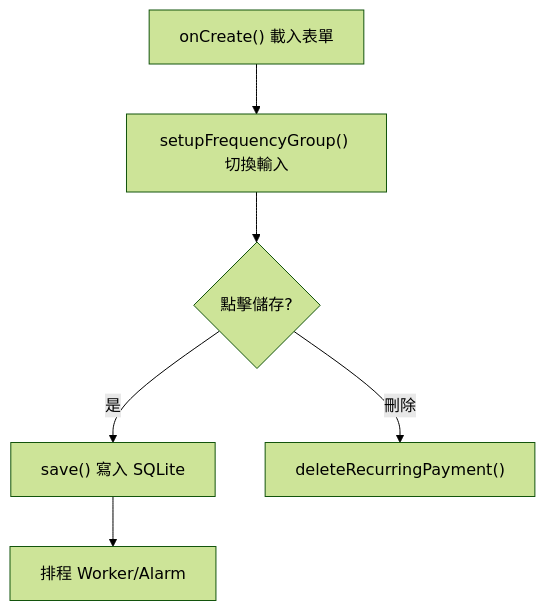
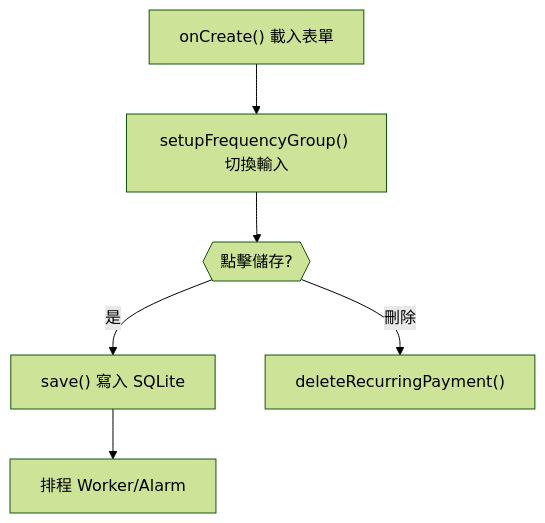
Diagram 24 of 26 in Grading_Criteria.md (Dao-you/SimplestBookAndroid), drawn with Mermaid (forest theme) before and after one commit. The commit also changed other lines of this file, not shown here.

````diff
--- a/Grading_Criteria.md
+++ b/Grading_Criteria.md
@@ -541,8 +541,8 @@
 ```mermaid
 flowchart TD
     A["onCreate() 載入表單"] --> B["setupFrequencyGroup() 切換輸入"]
-    B --> C{"點擊儲存?"}
+    B --> C{{"點擊儲存?"}}
     C -->|"是"| D["save() 寫入 SQLite"]
     D --> E["排程 Worker/Alarm"]
     C -->|"刪除"| F["deleteRecurringPayment()"]
 ```
````
